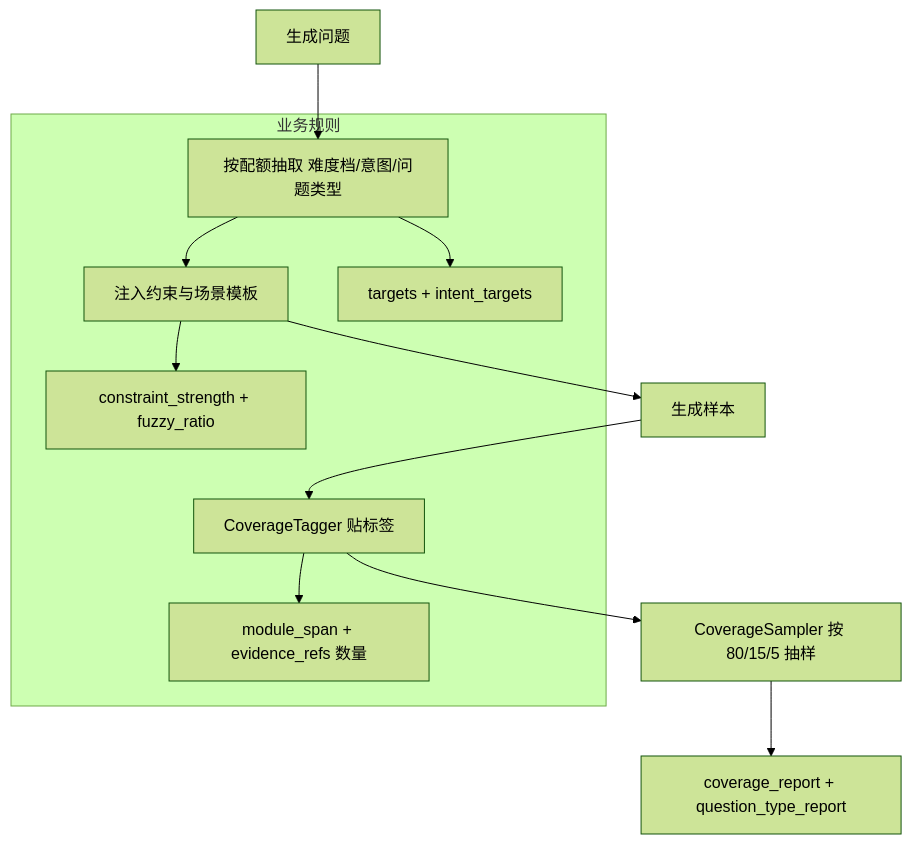
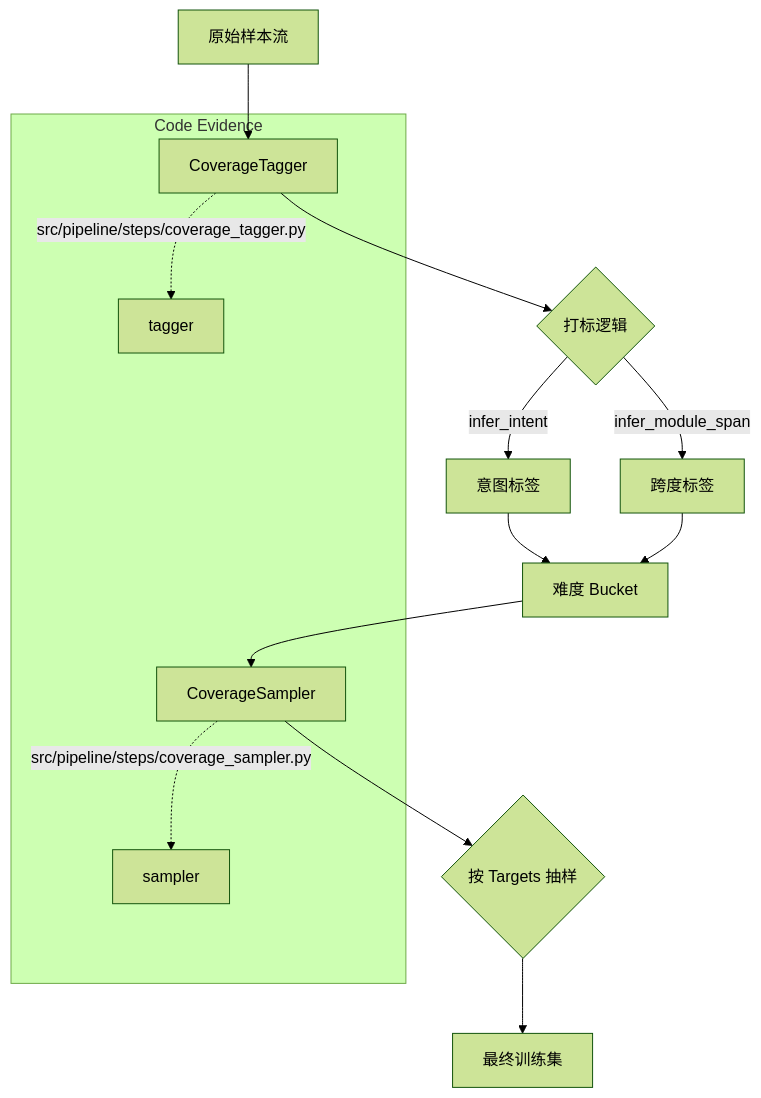
Before and after one commit to FlutteryEmbers/intelligent_code: the diagram in docs/features/03_quality/distribution_control.md, drawn with Mermaid (forest theme). The commit also changed other lines of this file and 8 other files, not shown here.

````diff
--- a/docs/features/03_quality/distribution_control.md
+++ b/docs/features/03_quality/distribution_control.md
@@ -50,15 +85,16 @@
 ```mermaid
 flowchart TD
-  A[生成问题] --> B[按配额抽取 难度档/意图/问题类型]
-  B --> C[注入约束与场景模板]
-  C --> D[生成样本]
-  D --> E[CoverageTagger 贴标签]
-  E --> F[CoverageSampler 按 80/15/5 抽样]
-  F --> G[coverage_report + question_type_report]
+  A[原始样本流] --> B[CoverageTagger]
+  B --> C{打标逻辑}
+  C --> |infer_intent| D[意图标签]
+  C --> |infer_module_span| E[跨度标签]
+  D & E --> F[难度 Bucket]
+  F --> G[CoverageSampler]
+  G --> H{按 Targets 抽样}
+  H --> I[最终训练集]
 
-  subgraph 业务规则
-    B --> B1[targets + intent_targets]
-    E --> E1[module_span + evidence_refs 数量]
-    C --> C1[constraint_strength + fuzzy_ratio]
+  subgraph Code Evidence
+    B -.-> |src/pipeline/steps/coverage_tagger.py| tagger
+    G -.-> |src/pipeline/steps/coverage_sampler.py| sampler
   end
 ```
````
